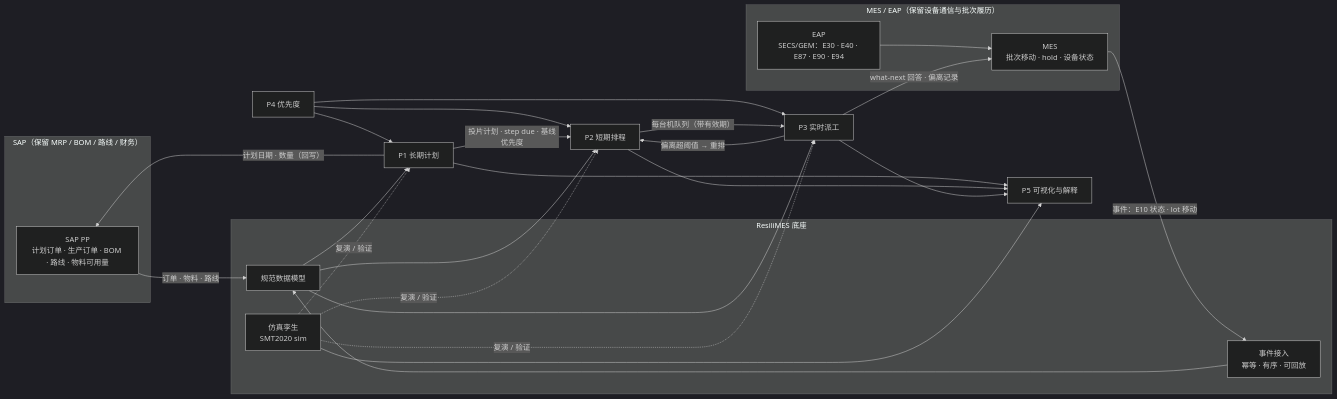
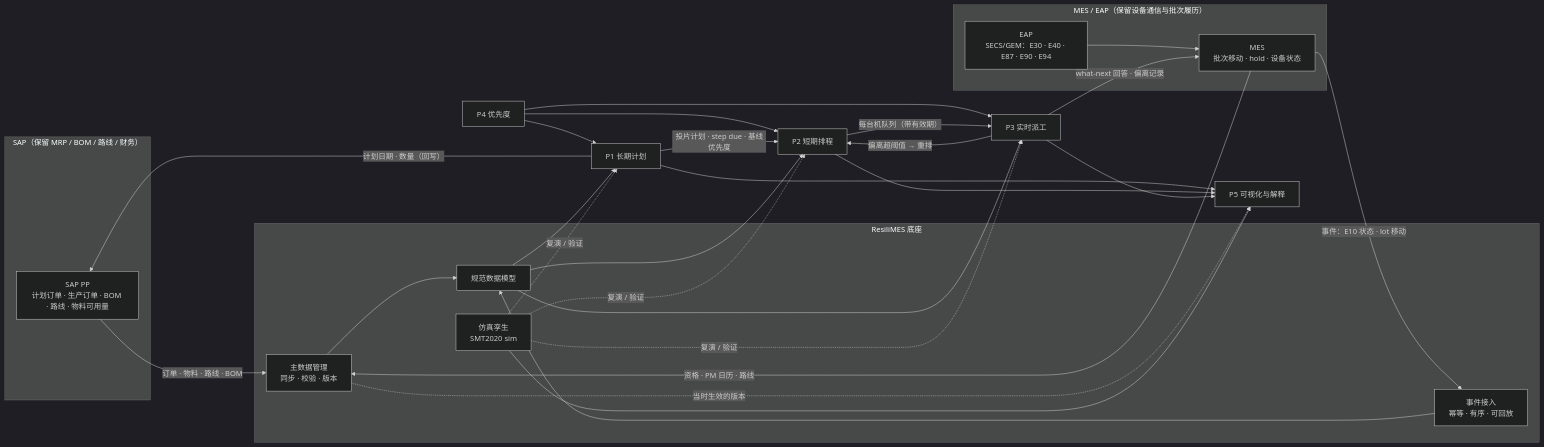
The diagram in docs/PRODUCT_ARCHITECTURE.md (Toygaolingxiao/ResiliMES-AI), drawn with Mermaid (dark theme) before and after one commit. The commit also changed other lines of this file and 2 other files, not shown here.

First line of the commit message:
Add master data module and development architecture report

````diff
--- a/docs/PRODUCT_ARCHITECTURE.md
+++ b/docs/PRODUCT_ARCHITECTURE.md
@@ -35,43 +36,47 @@
 ```mermaid
 flowchart LR
   subgraph ERP["SAP（保留 MRP / BOM / 路线 / 财务）"]
     PP[SAP PP<br/>计划订单 · 生产订单 · BOM · 路线 · 物料可用量]
   end
   subgraph MESL["MES / EAP（保留设备通信与批次履历）"]
     MES[MES<br/>批次移动 · hold · 设备状态]
     EAP[EAP<br/>SECS/GEM：E30 · E40 · E87 · E90 · E94]
     EAP --> MES
   end
   subgraph CORE["ResiliMES 底座"]
+    MDM[主数据管理<br/>同步 · 校验 · 版本]
     CM[规范数据模型]
     EV[事件接入<br/>幂等 · 有序 · 可回放]
     TW[仿真孪生<br/>SMT2020 sim]
   end
   P4[P4 优先度]
   P1[P1 长期计划]
   P2[P2 短期排程]
   P3[P3 实时派工]
   P5[P5 可视化与解释]
 
-  PP -->|订单 · 物料 · 路线| CM
+  PP -->|订单 · 物料 · 路线 · BOM| MDM
+  MES -->|资格 · PM 日历 · 路线| MDM
   MES -->|事件：E10 状态 · lot 移动| EV
+  MDM --> CM
   EV --> CM
+  MDM -.->|当时生效的版本| P5
   CM --> P1
   CM --> P2
   CM --> P3
   P4 --> P1
   P4 --> P2
   P4 --> P3
   P1 -->|投片计划 · step due · 基线优先度| P2
   P1 -->|计划日期 · 数量（回写）| PP
   P2 -->|每台机队列（带有效期）| P3
   P3 -->|what-next 回答 · 偏离记录| MES
   P3 -->|偏离超阈值 → 重排| P2
   TW -.复演 / 验证.-> P1
   TW -.复演 / 验证.-> P2
   TW -.复演 / 验证.-> P3
   P1 --> P5
   P2 --> P5
   P3 --> P5
   TW --> P5
 ```
````
